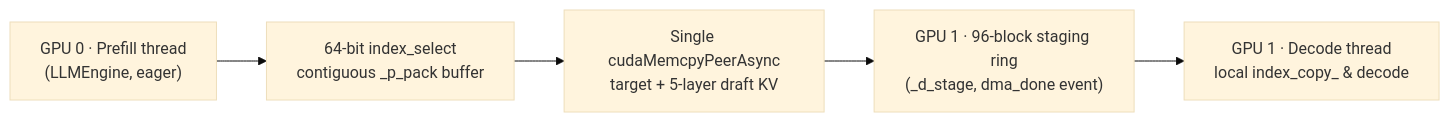
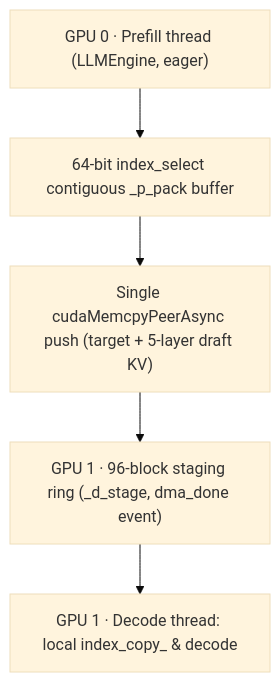
Before and after one commit to tianyuantong/nano-vllm-speculative-decoding: the diagram in README.en.md, drawn with Mermaid (base theme). The commit also changed other lines of this file and 1 other file, not shown here.

Commit message:
docs(disagg): unify ITL scope, stack diagram, and scope CI badge

````diff
--- a/README.en.md
+++ b/README.en.md
@@ -51,7 +51,7 @@
 ```mermaid
-flowchart LR
-    P["GPU 0 · Prefill thread<br/>(LLMEngine, eager)"] --> Pack["64-bit index_select<br/>contiguous _p_pack buffer"]
-    Pack --> DMA["Single cudaMemcpyPeerAsync<br/>target + 5-layer draft KV"]
-    DMA --> Ring["GPU 1 · 96-block staging ring<br/>(_d_stage, dma_done event)"]
-    Ring --> D["GPU 1 · Decode thread<br/>local index_copy_ & decode"]
+flowchart TB
+    P["GPU 0 · Prefill thread (LLMEngine, eager)"] --> Pack["64-bit index_select contiguous _p_pack buffer"]
+    Pack --> DMA["Single cudaMemcpyPeerAsync push (target + 5-layer draft KV)"]
+    DMA --> Ring["GPU 1 · 96-block staging ring (_d_stage, dma_done event)"]
+    Ring --> D["GPU 1 · Decode thread: local index_copy_ & decode"]
 ```
````
